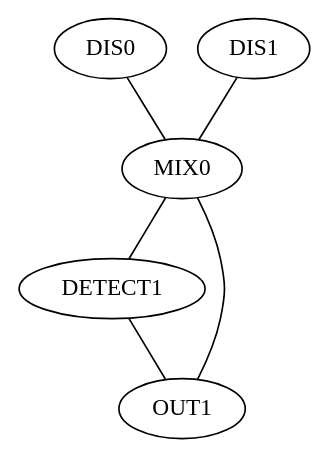
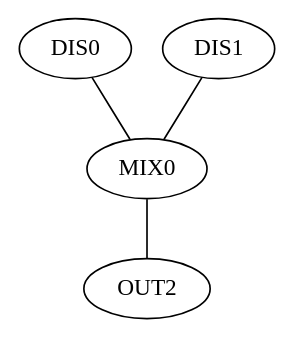
Before and after one commit to baocvcv/oop-group-project: the diagram in src/app/input.dot, drawn with Graphviz. The commit also changed 8 other files, not shown here.

```diff
--- a/src/app/input.dot
+++ b/src/app/input.dot
@@ -1,12 +1,9 @@
 graph "GRAPH3" {
-1 [label="DIS0"]
-2 [label="DIS1"]
-0 [label="MIX0"]
-3 [label="DETECT1"]
-4 [label="OUT1"]
-1 -- 0
-2 -- 0
-0 -- 3
-3 -- 4
-0 -- 4
+0 [label="DIS0"]
+1 [label="DIS1"]
+2 [label="MIX0"]
+3 [label="OUT2"]
+0 -- 2
+1 -- 2
+2 -- 3
 }
```
